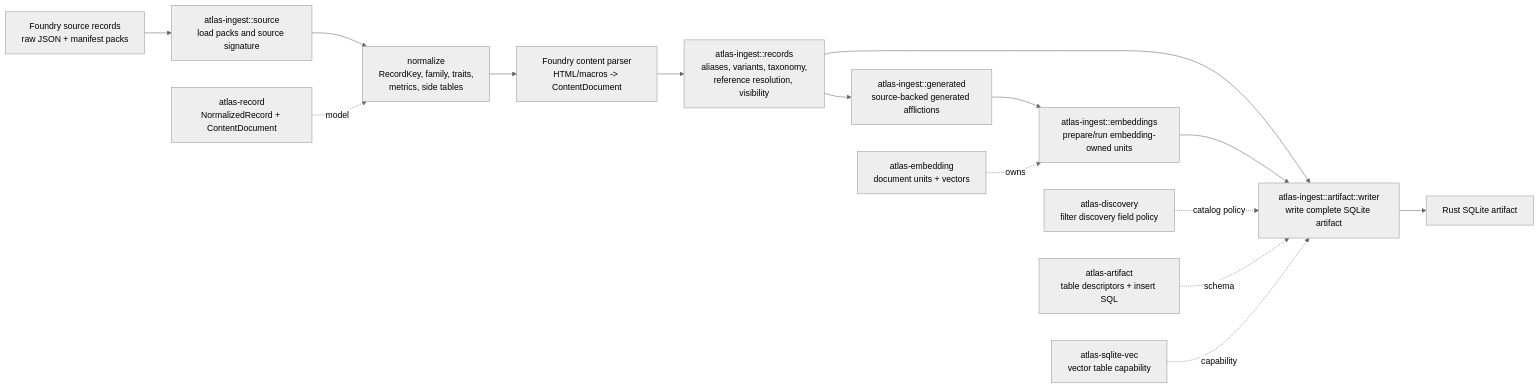
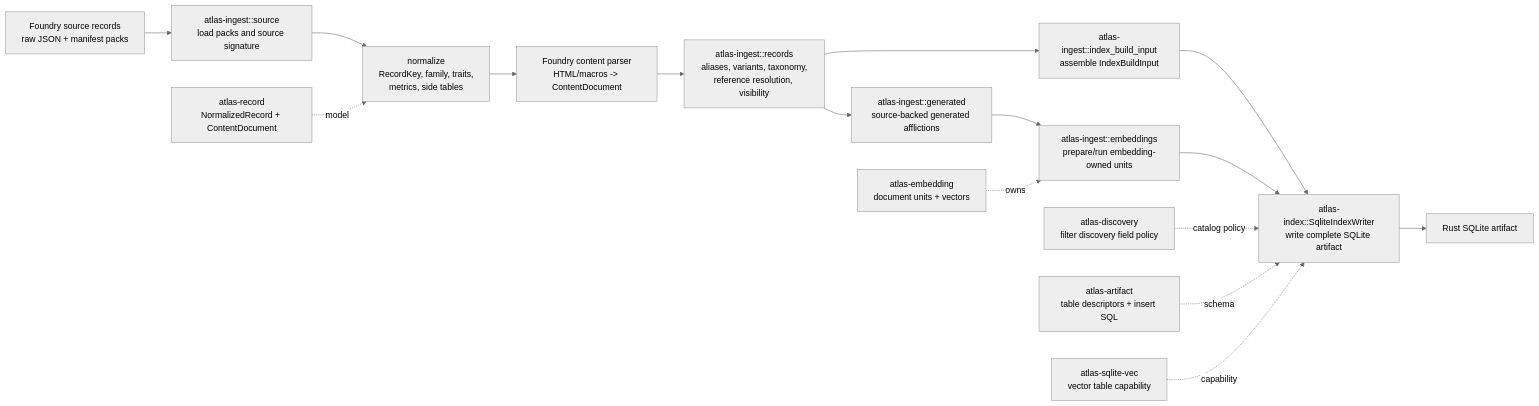
One commit to e-kosten/pf2e-atlas changed the second of 4 diagrams in docs/architecture/runtime.md. Above: the diagram before and after it, drawn with Mermaid (neutral theme). The commit also changed other lines of this file and 58 other files, not shown here.

Commit message:
feat: integrate sqlite retrieval graph surfaces

````diff
--- a/docs/architecture/runtime.md
+++ b/docs/architecture/runtime.md
@@ -64,18 +64,19 @@
 ```mermaid
 flowchart LR
     raw["Foundry source records<br/>raw JSON + manifest packs"] --> load["atlas-ingest::source<br/>load packs and source signature"]
     load --> normalize["normalize<br/>RecordKey, family, traits,<br/>metrics, side tables"]
     normalize --> content["Foundry content parser<br/>HTML/macros -> ContentDocument"]
     content --> enrich["atlas-ingest::records<br/>aliases, variants, taxonomy,<br/>reference resolution, visibility"]
     enrich --> generated["atlas-ingest::generated<br/>source-backed generated afflictions"]
     generated --> embedPrep["atlas-ingest::embeddings<br/>prepare/run embedding-owned units"]
-    enrich --> writer["atlas-ingest::artifact::writer<br/>write complete SQLite artifact"]
+    enrich --> buildInput["atlas-ingest::index_build_input<br/>assemble IndexBuildInput"]
+    buildInput --> writer["atlas-index::SqliteIndexWriter<br/>write complete SQLite artifact"]
     embedPrep --> writer
     writer --> sqlite["Rust SQLite artifact"]
 
     record["atlas-record<br/>NormalizedRecord + ContentDocument"] -. model .-> normalize
     discovery["atlas-discovery<br/>filter discovery field policy"] -. catalog policy .-> writer
     artifact["atlas-artifact<br/>table descriptors + insert SQL"] -. schema .-> writer
     embedding["atlas-embedding<br/>document units + vectors"] -. owns .-> embedPrep
     sqliteVec["atlas-sqlite-vec<br/>vector table capability"] -. capability .-> writer
 ```
````
